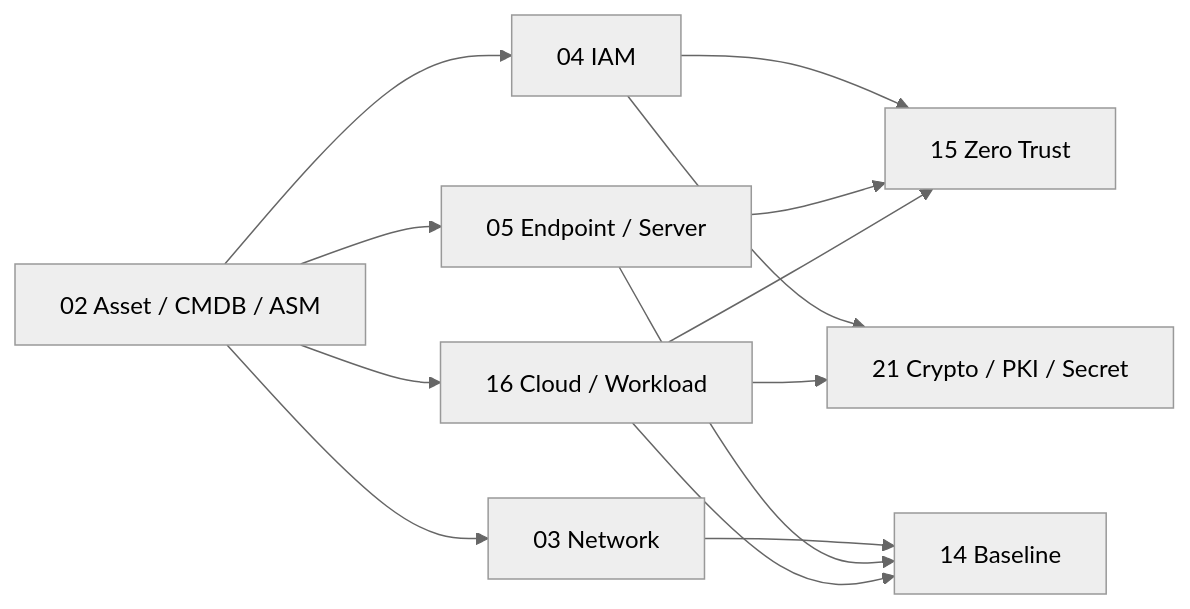
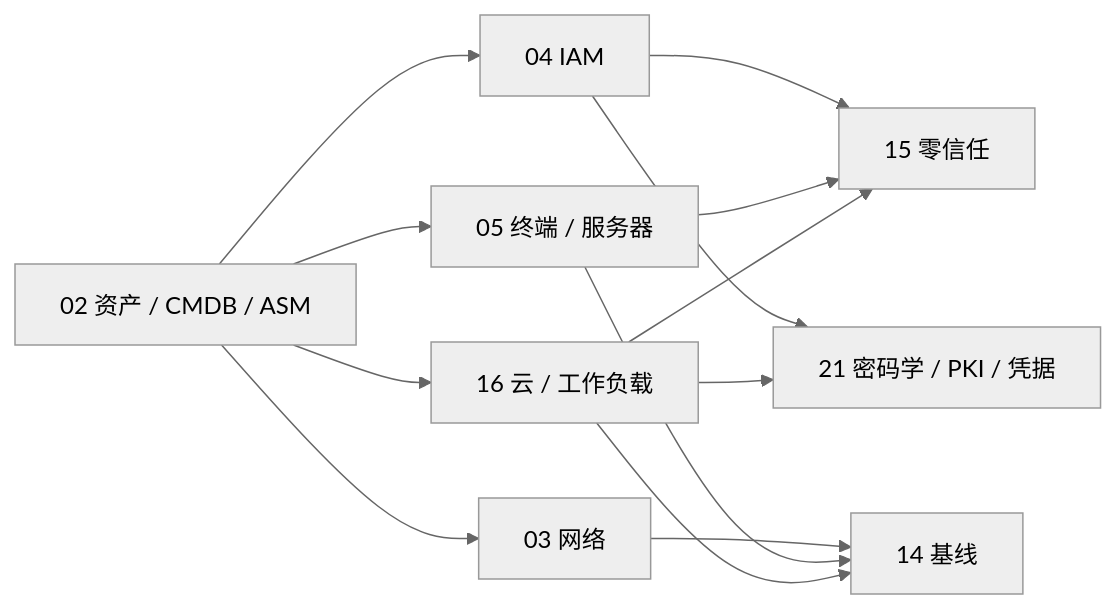
The third of 10 diagrams in docs/公司安全知识图谱.md (xiaochen201807/company-network-security-docs), drawn with Mermaid (neutral theme) before and after one commit. The commit also changed other lines of this file and 81 other files, not shown here.

```diff
--- a/docs/公司安全知识图谱.md
+++ b/docs/公司安全知识图谱.md
@@ -166,18 +166,18 @@
 ~~~mermaid
 flowchart LR
-    AS["02 Asset / CMDB / ASM"] --> IAM["04 IAM"]
-    AS --> NET["03 Network"]
-    AS --> END["05 Endpoint / Server"]
-    AS --> CLOUD["16 Cloud / Workload"]
+    AS["02 资产 / CMDB / ASM"] --> IAM["04 IAM"]
+    AS --> NET["03 网络"]
+    AS --> END["05 终端 / 服务器"]
+    AS --> CLOUD["16 云 / 工作负载"]
 
-    IAM --> ZT["15 Zero Trust"]
+    IAM --> ZT["15 零信任"]
     END --> ZT
     CLOUD --> ZT
 
-    NET --> BASE["14 Baseline"]
+    NET --> BASE["14 基线"]
     END --> BASE
     CLOUD --> BASE
 
-    IAM --> CRYPTO["21 Crypto / PKI / Secret"]
+    IAM --> CRYPTO["21 密码学 / PKI / 凭据"]
     CLOUD --> CRYPTO
 ~~~
```
